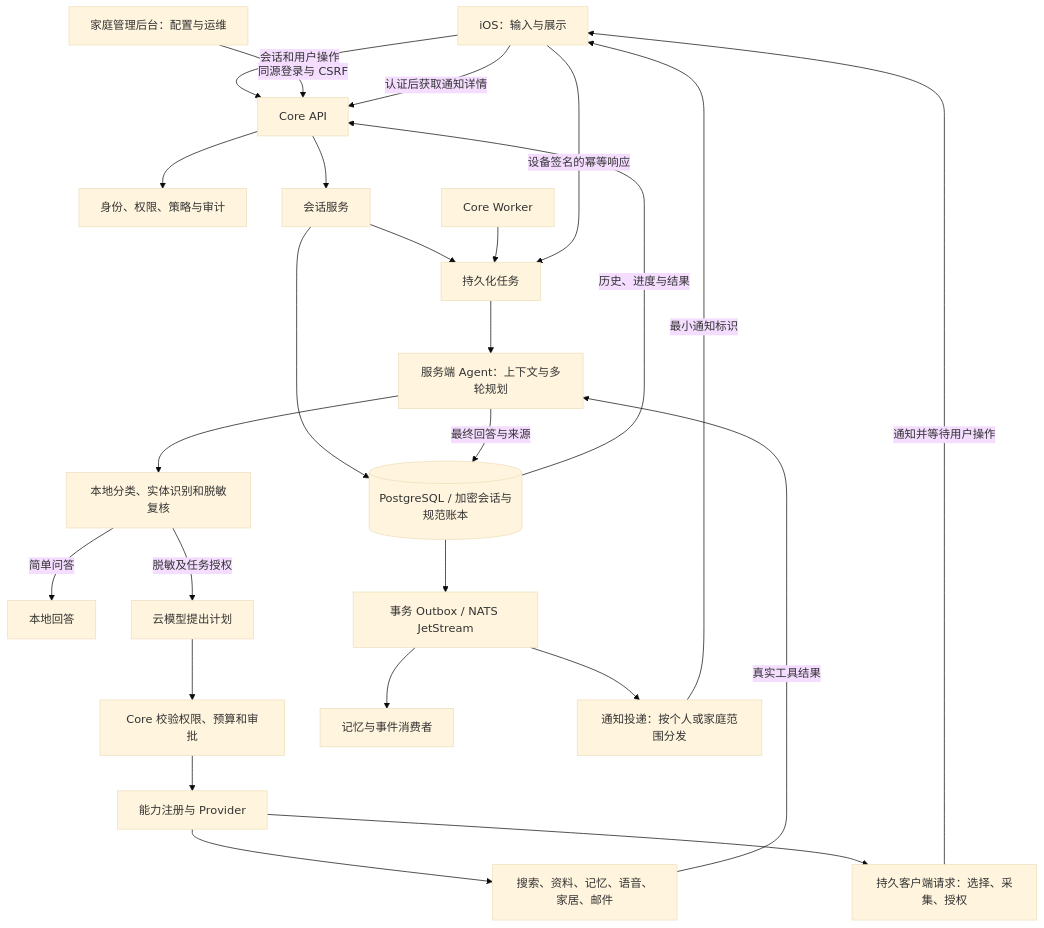
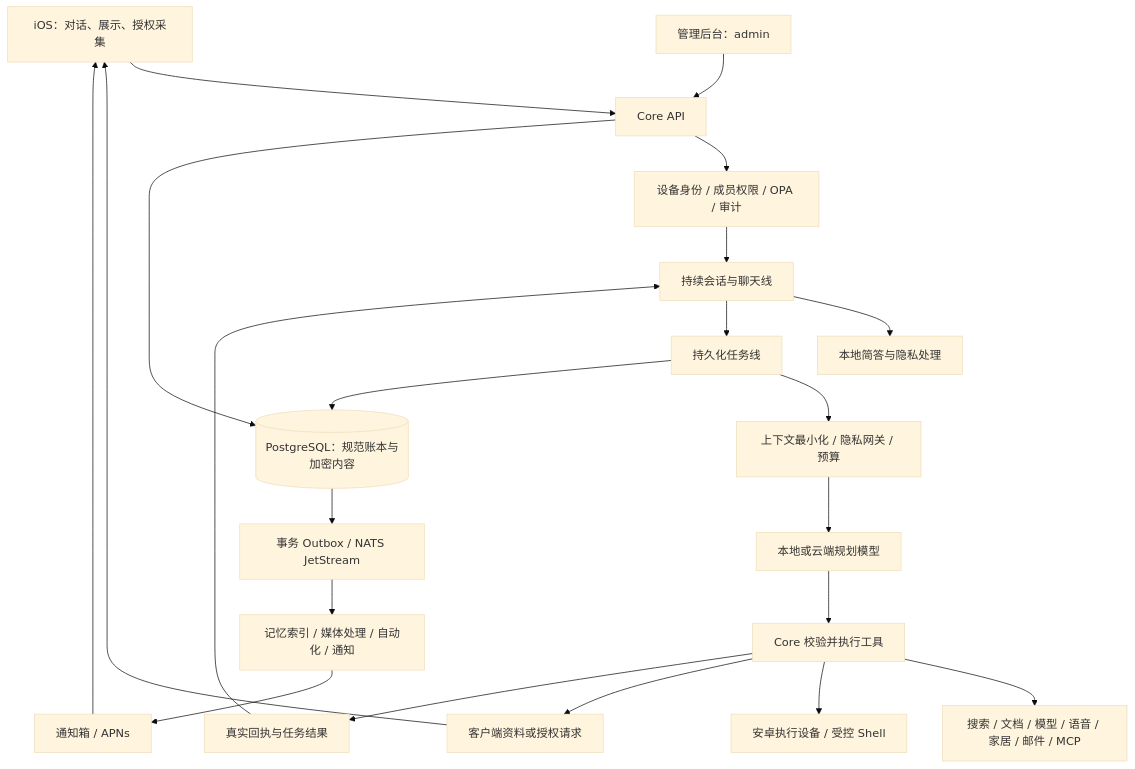
One commit to MR-MaoJiu/home-ai-os changed the first of 2 diagrams in README.md. Above: the diagram before and after it, drawn with Mermaid (base theme). The commit also changed other lines of this file and 309 other files, not shown here.

````diff
--- a/README.md
+++ b/README.md
@@ -26,28 +33,24 @@
 ```mermaid
 flowchart TB
-    IOS[iOS：输入与展示] -->|会话和用户操作| API[Core API]
-    WEB[家庭管理后台：配置与运维] -->|同源登录与 CSRF| API
-    API --> AUTH[身份、权限、策略与审计]
-    API --> CHAT[会话服务]
-    CHAT --> DB[(PostgreSQL / 加密会话与规范账本)]
-    CHAT --> TASK[持久化任务]
-    WORKER[Core Worker] --> TASK
-    TASK --> AGENT[服务端 Agent：上下文与多轮规划]
-    AGENT --> LOCAL[本地分类、实体识别和脱敏复核]
-    LOCAL -->|简单问答| ANSWER[本地回答]
-    LOCAL -->|脱敏及任务授权| CLOUD[云模型提出计划]
-    CLOUD --> POLICY[Core 校验权限、预算和审批]
-    POLICY --> CAP[能力注册与 Provider]
-    CAP --> TOOLS[搜索、资料、记忆、语音、家居、邮件]
-    CAP --> ACTION[持久客户端请求：选择、采集、授权]
-    ACTION -->|通知并等待用户操作| IOS
-    IOS -->|设备签名的幂等响应| TASK
-    TOOLS -->|真实工具结果| AGENT
-    AGENT -->|最终回答与来源| DB
-    DB -->|历史、进度与结果| API
+    IOS[iOS：对话、展示、授权采集] --> API[Core API]
+    ADMIN[管理后台：admin] --> API
+    API --> AUTH[设备身份 / 成员权限 / OPA / 审计]
+    AUTH --> CHAT[持续会话与聊天线]
+    CHAT --> LOCAL[本地简答与隐私处理]
+    CHAT --> TASK[持久化任务线]
+    TASK --> GATE[上下文最小化 / 隐私网关 / 预算]
+    GATE --> MODEL[本地或云端规划模型]
+    MODEL --> CORE[Core 校验并执行工具]
+    CORE --> PROVIDER[搜索 / 文档 / 模型 / 语音 / 家居 / 邮件 / MCP]
+    CORE --> DEVICE[安卓执行设备 / 受控 Shell]
+    CORE --> REQUEST[客户端资料或授权请求]
+    REQUEST --> IOS
+    CORE --> RESULT[真实回执与任务结果]
+    RESULT --> CHAT
+    API --> DB[(PostgreSQL：规范账本与加密内容)]
+    TASK --> DB
     DB --> OUTBOX[事务 Outbox / NATS JetStream]
-    OUTBOX --> MEMORY[记忆与事件消费者]
-    OUTBOX --> NOTIFY[通知投递：按个人或家庭范围分发]
-    NOTIFY -->|最小通知标识| IOS
-    IOS -->|认证后获取通知详情| API
+    OUTBOX --> WORKERS[记忆索引 / 媒体处理 / 自动化 / 通知]
+    WORKERS --> NOTIFY[通知箱 / APNs]
+    NOTIFY --> IOS
 ```
````
